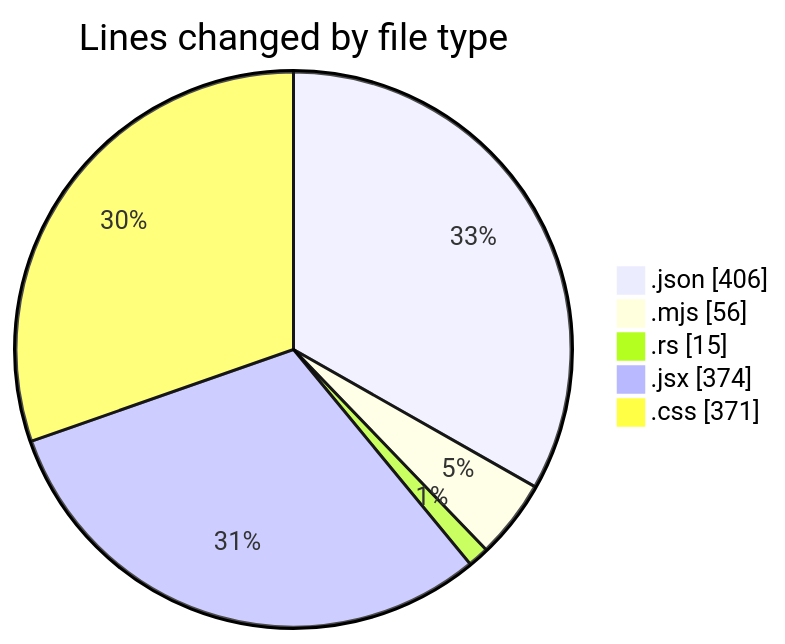
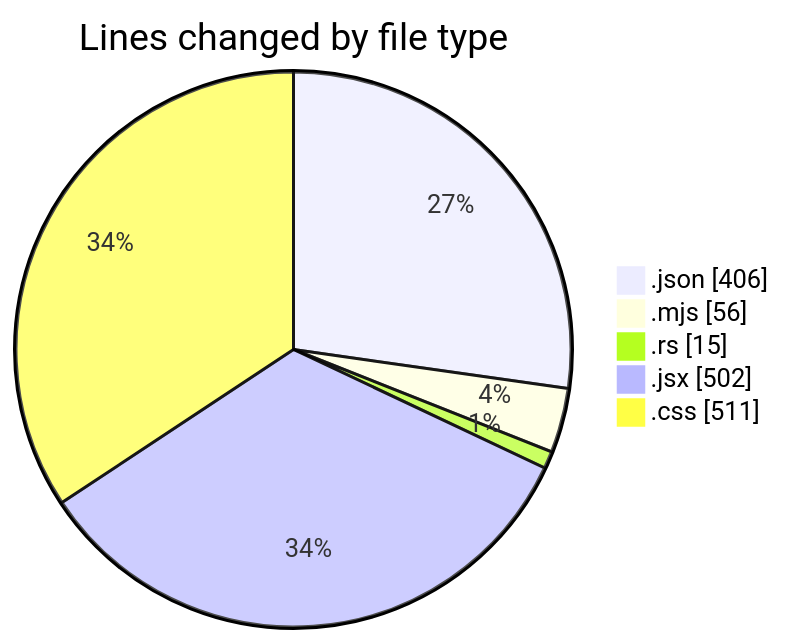
Before and after one commit to charlie-sans/code-tracking: the first of 2 diagrams in 2025-01-28/trollerboard/README.md, drawn with Mermaid. The commit also changed other lines of this file and 1 other file, not shown here.

````diff
--- a/2025-01-28/trollerboard/README.md
+++ b/2025-01-28/trollerboard/README.md
@@ -25,9 +25,9 @@
 ```mermaid
 pie showData
 title Lines changed by file type
 ".json" : 406
 ".mjs" : 56
 ".rs" : 15
-".jsx" : 374
-".css" : 371
+".jsx" : 502
+".css" : 511
 ```
````
